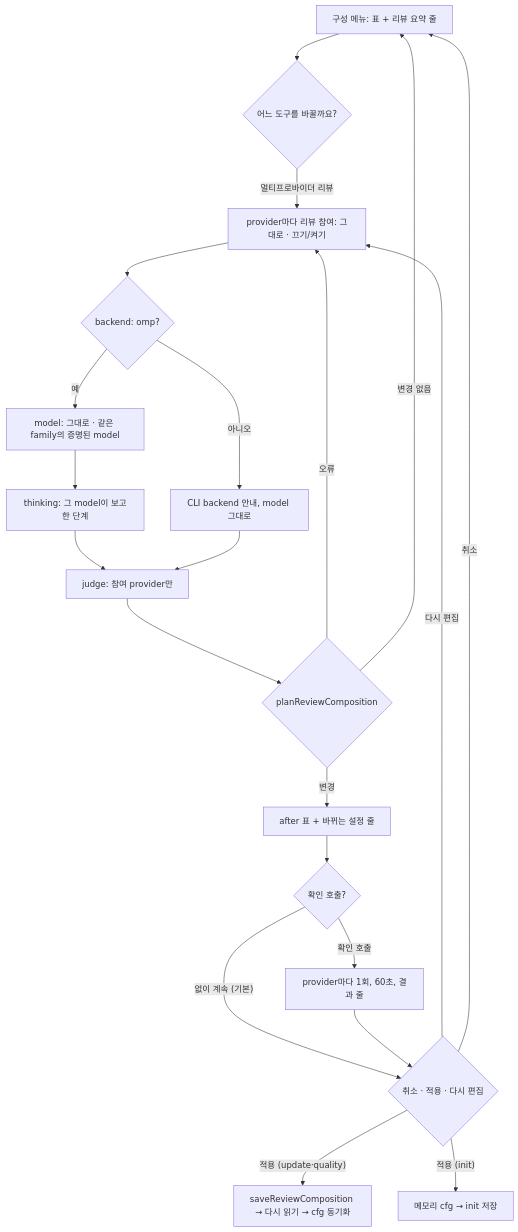
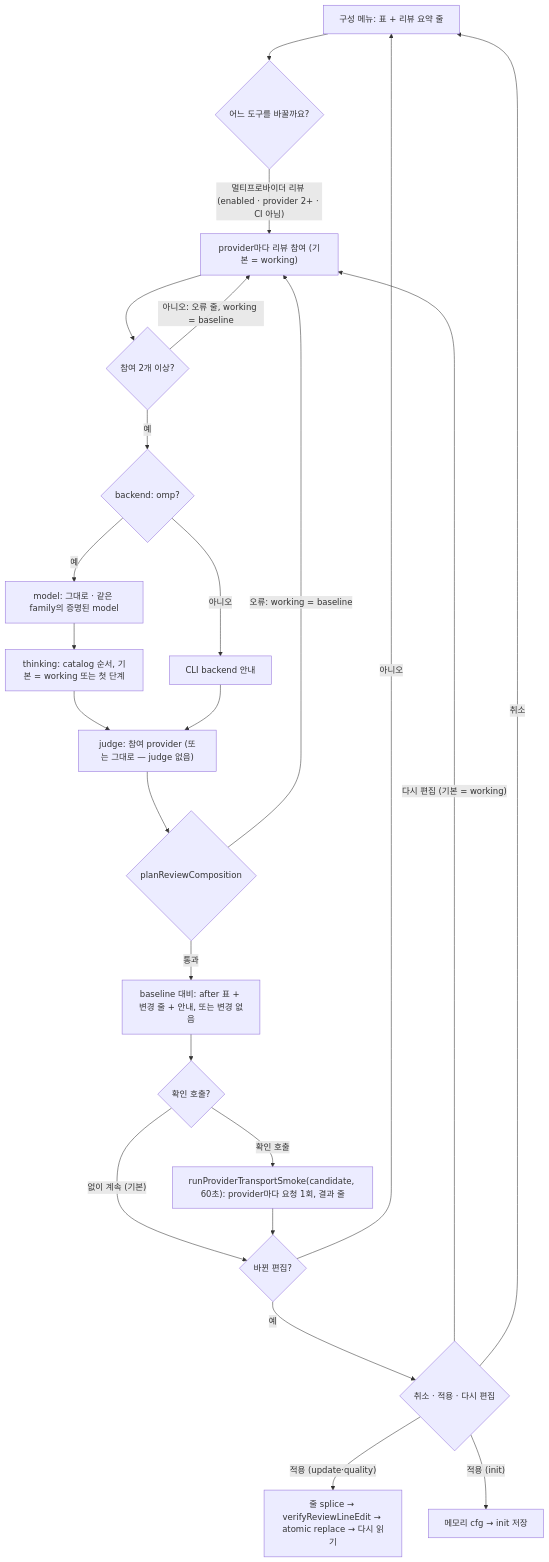
One commit to Oscar-Williams/autopus-adk changed the diagram in .autopus/specs/SPEC-REVMODEL-001/plan.md. Above: the diagram before and after it, drawn with Mermaid. The commit also changed other lines of this file and 5 other files, not shown here.

````diff
--- a/.autopus/specs/SPEC-REVMODEL-001/plan.md
+++ b/.autopus/specs/SPEC-REVMODEL-001/plan.md
@@ -29,21 +30,25 @@
 ```mermaid
 flowchart TD
   M["구성 메뉴: 표 + 리뷰 요약 줄"] --> T{"어느 도구를 바꿀까요?"}
-  T -->|"멀티프로바이더 리뷰"| P["provider마다 리뷰 참여: 그대로 · 끄기/켜기"]
-  P --> B{"backend: omp?"}
-  B -->|"예"| MD["model: 그대로 · 같은 family의 증명된 model"] --> TH["thinking: 그 model이 보고한 단계"]
-  B -->|"아니오"| CLI["CLI backend 안내, model 그대로"]
-  TH --> J["judge: 참여 provider만"]
+  T -->|"멀티프로바이더 리뷰 (enabled · provider 2+ · CI 아님)"| P["provider마다 리뷰 참여 (기본 = working)"]
+  P --> N{"참여 2개 이상?"}
+  N -->|"아니오: 오류 줄, working = baseline"| P
+  N -->|"예"| B{"backend: omp?"}
+  B -->|"예"| MD["model: 그대로 · 같은 family의 증명된 model"] --> TH["thinking: catalog 순서, 기본 = working 또는 첫 단계"]
+  B -->|"아니오"| CLI["CLI backend 안내"]
+  TH --> J["judge: 참여 provider (또는 그대로 — judge 없음)"]
   CLI --> J
   J --> V{"planReviewComposition"}
-  V -->|"오류"| P
-  V -->|"변경 없음"| M
-  V -->|"변경"| PV["after 표 + 바뀌는 설정 줄"]
+  V -->|"오류: working = baseline"| P
+  V -->|"통과"| PV["baseline 대비: after 표 + 변경 줄 + 안내, 또는 변경 없음"]
   PV --> LC{"확인 호출?"}
-  LC -->|"없이 계속 (기본)"| C{"취소 · 적용 · 다시 편집"}
-  LC -->|"확인 호출"| RUN["provider마다 1회, 60초, 결과 줄"] --> C
-  C -->|"적용 (update·quality)"| W["saveReviewComposition → 다시 읽기 → cfg 동기화"]
+  LC -->|"확인 호출"| RUN["runProviderTransportSmoke(candidate, 60초): provider마다 요청 1회, 결과 줄"]
+  LC -->|"없이 계속 (기본)"| CH{"바뀐 편집?"}
+  RUN --> CH
+  CH -->|"아니오"| M
+  CH -->|"예"| C{"취소 · 적용 · 다시 편집"}
+  C -->|"적용 (update·quality)"| W["줄 splice → verifyReviewLineEdit → atomic replace → 다시 읽기"]
   C -->|"적용 (init)"| MEM["메모리 cfg → init 저장"]
-  C -->|"다시 편집"| P
+  C -->|"다시 편집 (기본 = working)"| P
   C -->|"취소"| M
 ```
````
